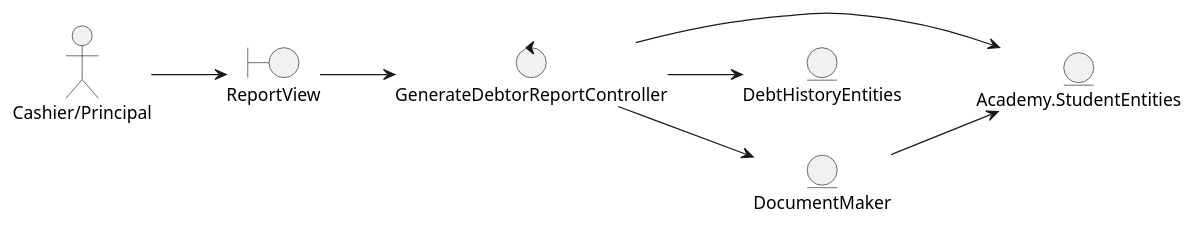
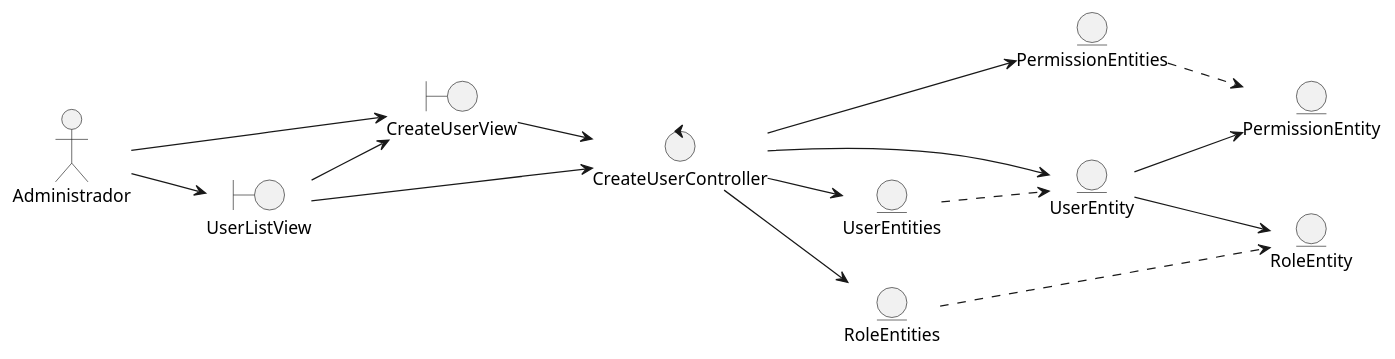
Before and after one commit to wsmcbl/wsmcbl.doc: the diagram in DesignView/AnalysisView/UseCaseAnalysis/CU46.CreateUser/Classes.CU46.Analysis.puml, drawn with PlantUML. The commit also changed 3 other files, not shown here.

Commit message:
Refactor: update CU46 CreateUser analysis directory

```diff
--- a/DesignView/AnalysisView/UseCaseAnalysis/CU46.CreateUser/Classes.CU46.Analysis.puml
+++ b/DesignView/AnalysisView/UseCaseAnalysis/CU46.CreateUser/Classes.CU46.Analysis.puml
@@ -1,28 +1,41 @@
 @startuml
 left to right direction
 
-actor "Cashier/Principal"
+actor Administrador
 
-boundary ReportView
+boundary UserListView
+boundary CreateUserView
 
-control GenerateDebtorReportController
+control CreateUserController
 
-entity Academy.StudentEntities
-entity DebtHistoryEntities
-entity DocumentMaker
+entity UserEntities
+entity UserEntity
+entity PermissionEntities
+entity PermissionEntity
+entity RoleEntities
+entity RoleEntity
 
 
 '--- Actor relations ---
-"Cashier/Principal" --> ReportView
+Administrador --> UserListView
+Administrador --> CreateUserView
 
 '--- Views relations ---
-ReportView --> GenerateDebtorReportController
+UserListView --> CreateUserView
+UserListView --> CreateUserController
+CreateUserView --> CreateUserController
 
 '--- Controllers relations ---
-GenerateDebtorReportController --> Academy.StudentEntities
-GenerateDebtorReportController --> DebtHistoryEntities
-GenerateDebtorReportController --> DocumentMaker
+CreateUserController --> UserEntities
+CreateUserController --> UserEntity
+CreateUserController --> PermissionEntities
+CreateUserController --> RoleEntities
 
 '--- Entity relations ---
-DocumentMaker --> Academy.StudentEntities
+RoleEntities ..> RoleEntity
+PermissionEntities ..> PermissionEntity
+UserEntities ..> UserEntity
+
+UserEntity --> RoleEntity
+UserEntity --> PermissionEntity
 @enduml
```
